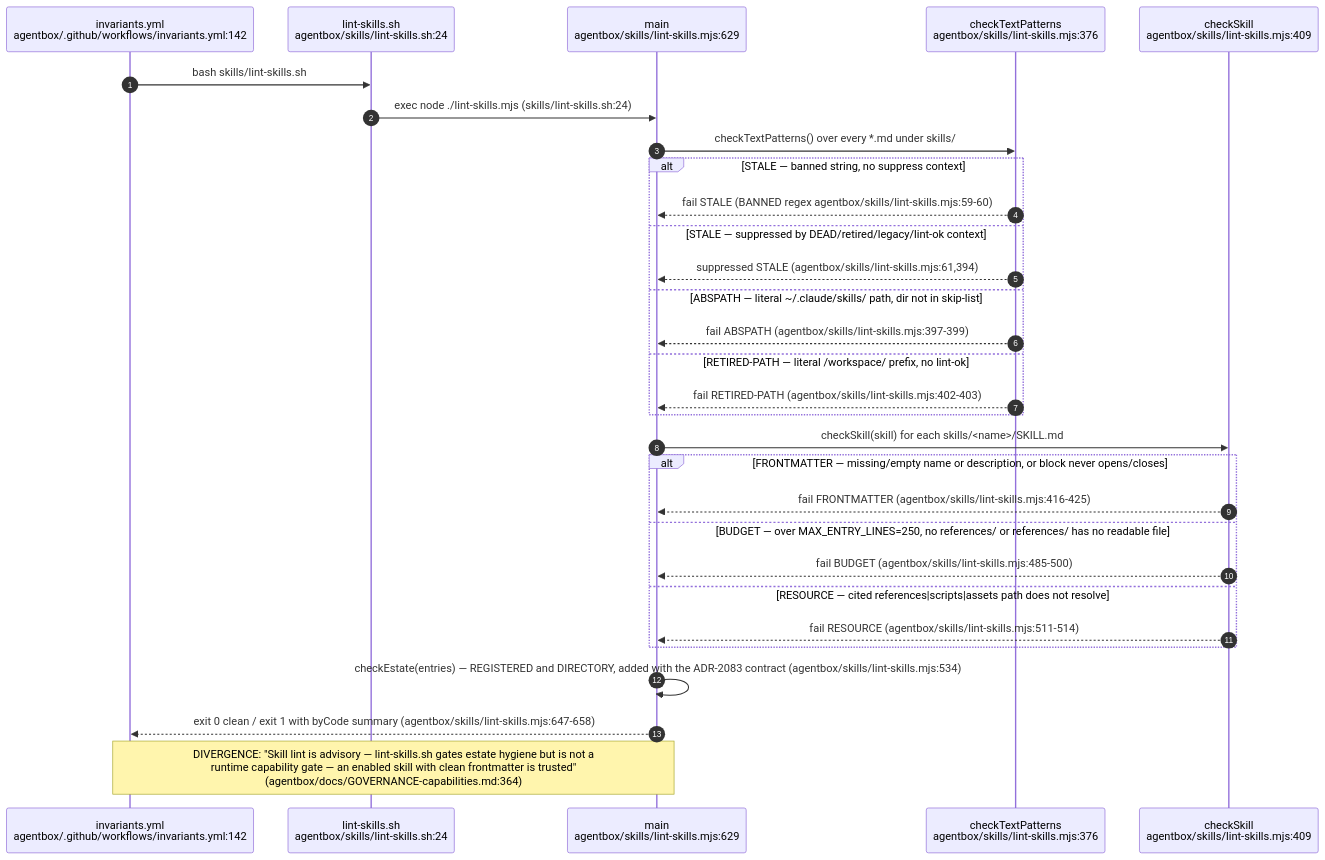
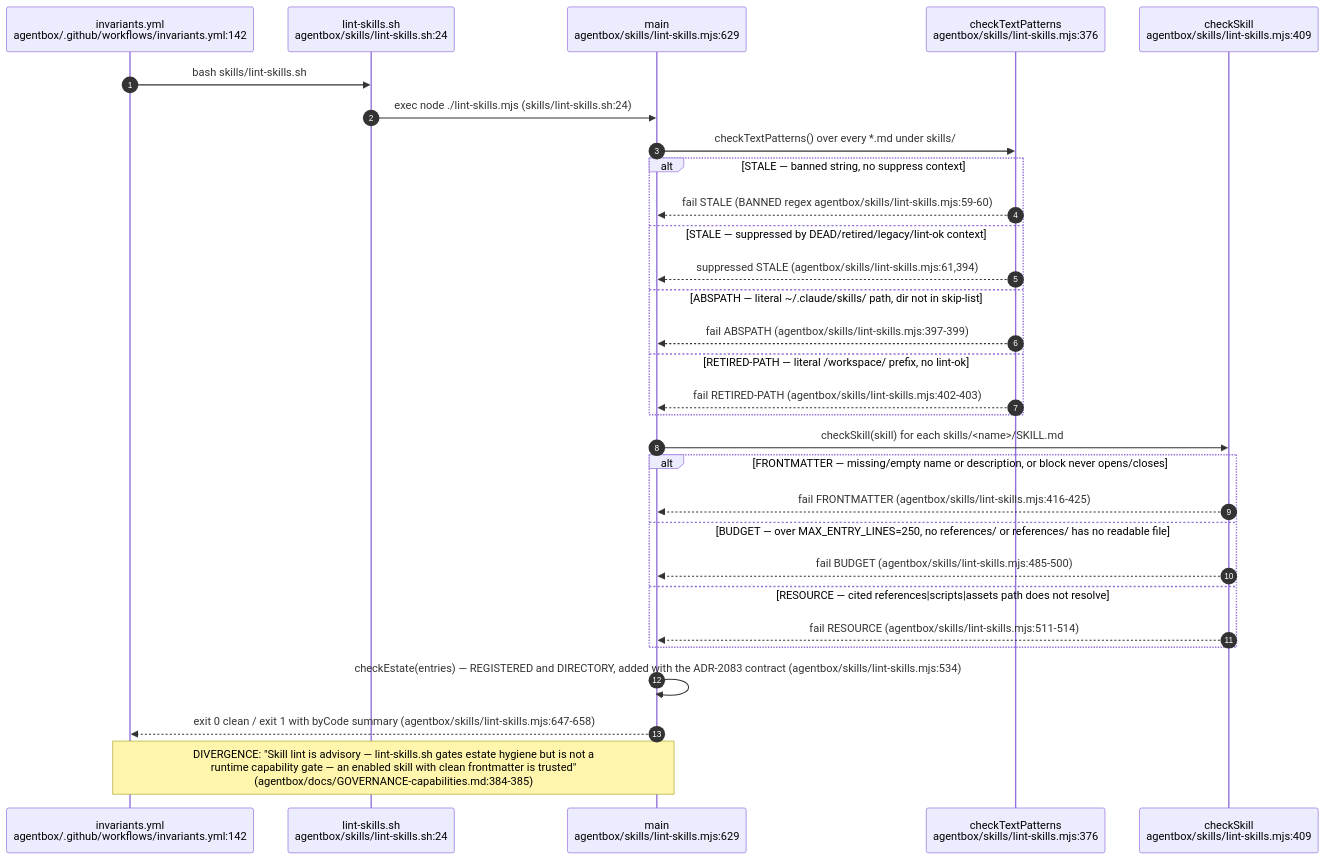
The third of 12 diagrams in docs/diagrams/agentbox/22-skills-and-routing.md (DreamLab-AI/VisionFlow), drawn with Mermaid before and after one commit. The commit also changed other lines of this file and 173 other files, not shown here.

First line of the commit message:
docs(audit): estate audit wave 3, agentbox and VisionClaw; ledger complete

````diff
--- a/docs/diagrams/agentbox/22-skills-and-routing.md
+++ b/docs/diagrams/agentbox/22-skills-and-routing.md
@@ -156,33 +159,33 @@
 ```mermaid
 sequenceDiagram
     autonumber
     participant CI as invariants.yml<br/>agentbox/.github/workflows/invariants.yml:142
     participant SH as lint-skills.sh<br/>agentbox/skills/lint-skills.sh:24
     participant MJS as main<br/>agentbox/skills/lint-skills.mjs:629
     participant TXT as checkTextPatterns<br/>agentbox/skills/lint-skills.mjs:376
     participant SKC as checkSkill<br/>agentbox/skills/lint-skills.mjs:409
 
     CI->>SH: bash skills/lint-skills.sh
     SH->>MJS: exec node ./lint-skills.mjs (skills/lint-skills.sh:24)
     MJS->>TXT: checkTextPatterns() over every *.md under skills/
     alt STALE — banned string, no suppress context
         TXT-->>MJS: fail STALE (BANNED regex agentbox/skills/lint-skills.mjs:59-60)
     else STALE — suppressed by DEAD/retired/legacy/lint-ok context
         TXT-->>MJS: suppressed STALE (agentbox/skills/lint-skills.mjs:61,394)
     else ABSPATH — literal ~/.claude/skills/ path, dir not in skip-list
         TXT-->>MJS: fail ABSPATH (agentbox/skills/lint-skills.mjs:397-399)
     else RETIRED-PATH — literal /workspace/ prefix, no lint-ok
         TXT-->>MJS: fail RETIRED-PATH (agentbox/skills/lint-skills.mjs:402-403)
     end
     MJS->>SKC: checkSkill(skill) for each skills/<name>/SKILL.md
     alt FRONTMATTER — missing/empty name or description, or block never opens/closes
         SKC-->>MJS: fail FRONTMATTER (agentbox/skills/lint-skills.mjs:416-425)
     else BUDGET — over MAX_ENTRY_LINES=250, no references/ or references/ has no readable file
         SKC-->>MJS: fail BUDGET (agentbox/skills/lint-skills.mjs:485-500)
     else RESOURCE — cited references|scripts|assets path does not resolve
         SKC-->>MJS: fail RESOURCE (agentbox/skills/lint-skills.mjs:511-514)
     end
     MJS->>MJS: checkEstate(entries) — REGISTERED and DIRECTORY, added with the ADR-2083 contract (agentbox/skills/lint-skills.mjs:534)
     MJS-->>CI: exit 0 clean / exit 1 with byCode summary (agentbox/skills/lint-skills.mjs:647-658)
-    Note over MJS,CI: DIVERGENCE: "Skill lint is advisory — lint-skills.sh gates estate hygiene but is not a<br/>runtime capability gate — an enabled skill with clean frontmatter is trusted"<br/>(agentbox/docs/GOVERNANCE-capabilities.md:364)
+    Note over MJS,CI: DIVERGENCE: "Skill lint is advisory — lint-skills.sh gates estate hygiene but is not a<br/>runtime capability gate — an enabled skill with clean frontmatter is trusted"<br/>(agentbox/docs/GOVERNANCE-capabilities.md:384-385)
 ```
````
